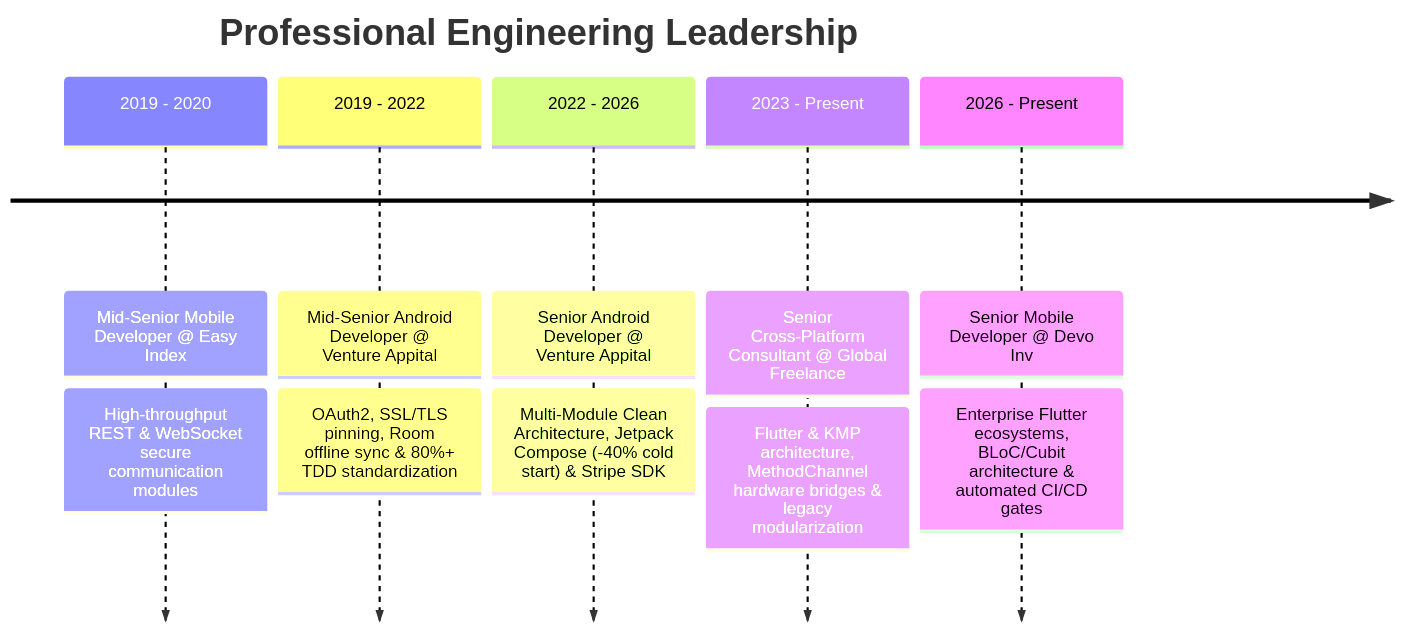
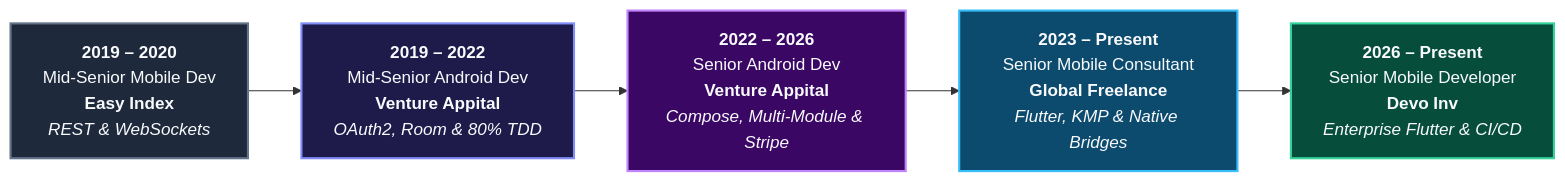
Before and after one commit to ibrahemk/ibrahemk: the third of 3 diagrams in README.md, drawn with Mermaid. The commit also changed other lines of this file, not shown here.

````diff
--- a/README.md
+++ b/README.md
@@ -199,14 +94,16 @@
 ```mermaid
-timeline
-    title Professional Engineering Leadership
-    2019 - 2020 : Mid-Senior Mobile Developer @ Easy Index
-                : High-throughput REST & WebSocket secure communication modules
-    2019 - 2022 : Mid-Senior Android Developer @ Venture Appital
-                : OAuth2, SSL/TLS pinning, Room offline sync & 80%+ TDD standardization
-    2022 - 2026 : Senior Android Developer @ Venture Appital
-                : Multi-Module Clean Architecture, Jetpack Compose (-40% cold start) & Stripe SDK
-    2023 - Present : Senior Cross-Platform Consultant @ Global Freelance
-                   : Flutter & KMP architecture, MethodChannel hardware bridges & legacy modularization
-    2026 - Present : Senior Mobile Developer @ Devo Inv
-                   : Enterprise Flutter ecosystems, BLoC/Cubit architecture & automated CI/CD gates
+flowchart LR
+    R1["<b>2019 – 2020</b><br/>Mid-Senior Mobile Dev<br/><b>Easy Index</b><br/><i>REST & WebSockets</i>"]
+    R2["<b>2019 – 2022</b><br/>Mid-Senior Android Dev<br/><b>Venture Appital</b><br/><i>OAuth2, Room & 80% TDD</i>"]
+    R3["<b>2022 – 2026</b><br/>Senior Android Dev<br/><b>Venture Appital</b><br/><i>Compose, Multi-Module & Stripe</i>"]
+    R4["<b>2023 – Present</b><br/>Senior Mobile Consultant<br/><b>Global Freelance</b><br/><i>Flutter, KMP & Native Bridges</i>"]
+    R5["<b>2026 – Present</b><br/>Senior Mobile Developer<br/><b>Devo Inv</b><br/><i>Enterprise Flutter & CI/CD</i>"]
+
+    R1 --> R2 --> R3 --> R4 --> R5
+
+    style R1 fill:#1E293B,stroke:#64748B,stroke-width:2px,color:#F8FAFC
+    style R2 fill:#1E1B4B,stroke:#818CF8,stroke-width:2px,color:#F8FAFC
+    style R3 fill:#3B0764,stroke:#C084FC,stroke-width:2px,color:#F8FAFC
+    style R4 fill:#0C4A6E,stroke:#38BDF8,stroke-width:2px,color:#F8FAFC
+    style R5 fill:#064E3B,stroke:#34D399,stroke-width:2px,color:#F8FAFC
 ```
````
